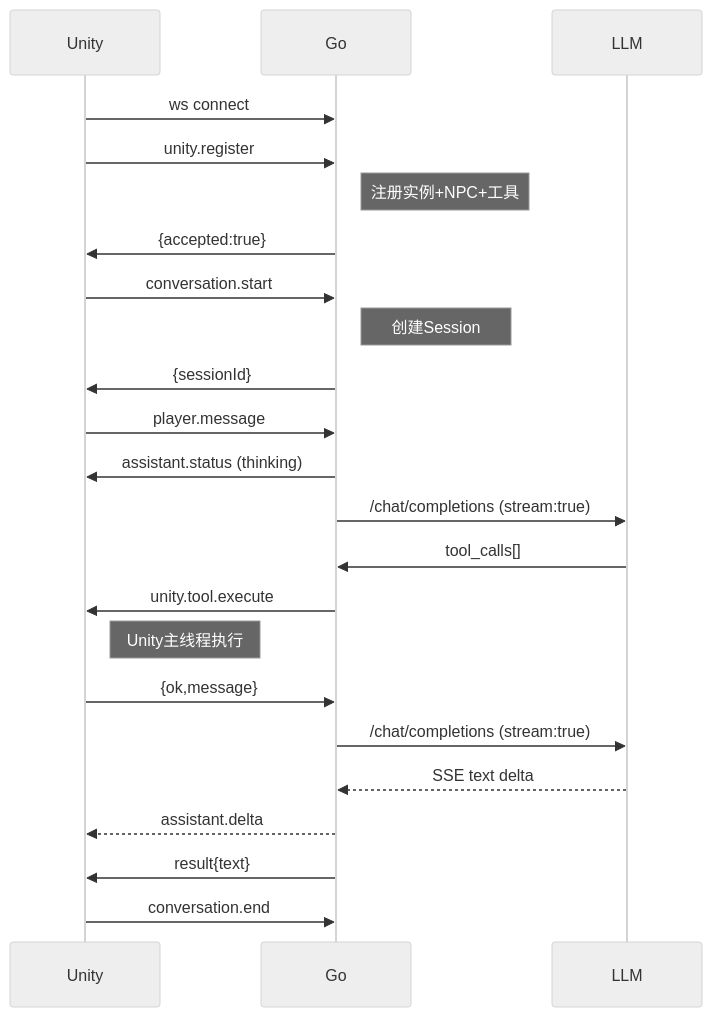
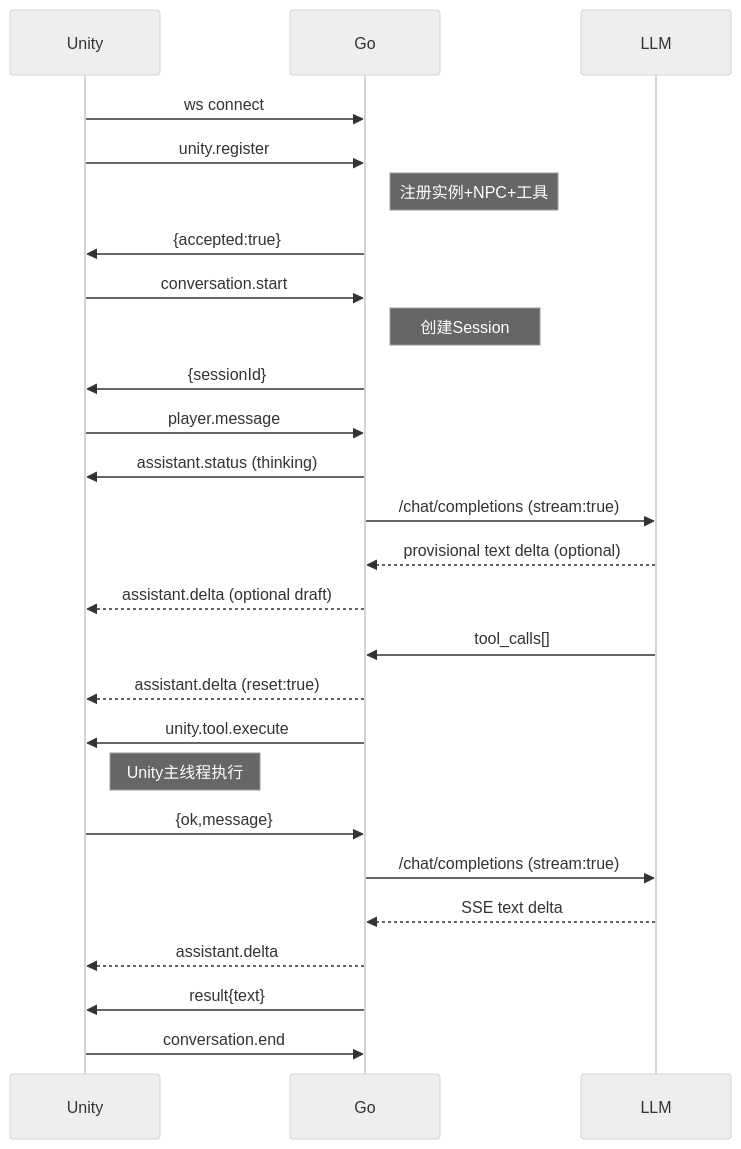
The diagram in ARCHITECTURE.md (ytzuo/GameWithLLM), drawn with Mermaid (neutral theme) before and after one commit. The commit also changed other lines of this file and 10 other files, not shown here.

````diff
--- a/ARCHITECTURE.md
+++ b/ARCHITECTURE.md
@@ -257,26 +257,29 @@
 ```mermaid
 sequenceDiagram
     participant Unity
     participant Go
     participant LLM
 
     Unity->>Go: ws connect
     Unity->>Go: unity.register
     Note right of Go: 注册实例+NPC+工具
     Go->>Unity: {accepted:true}
     Unity->>Go: conversation.start
     Note right of Go: 创建Session
     Go->>Unity: {sessionId}
     Unity->>Go: player.message
     Go->>Unity: assistant.status (thinking)
     Go->>LLM: /chat/completions (stream:true)
+    LLM-->>Go: provisional text delta (optional)
+    Go-->>Unity: assistant.delta (optional draft)
     LLM->>Go: tool_calls[]
+    Go-->>Unity: assistant.delta (reset:true)
     Go->>Unity: unity.tool.execute
     Note right of Unity: Unity主线程执行
     Unity->>Go: {ok,message}
     Go->>LLM: /chat/completions (stream:true)
     LLM-->>Go: SSE text delta
     Go-->>Unity: assistant.delta
     Go->>Unity: result{text}
     Unity->>Go: conversation.end
 ```
````
